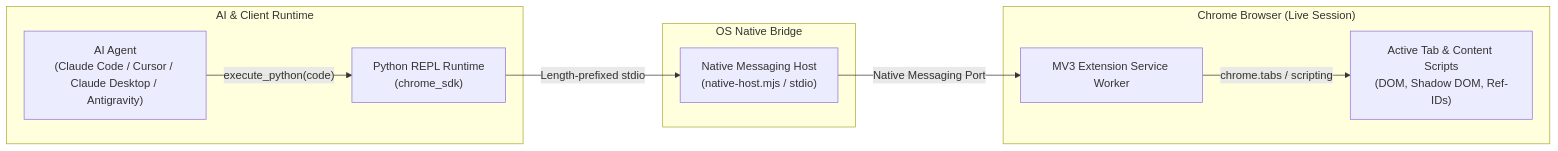
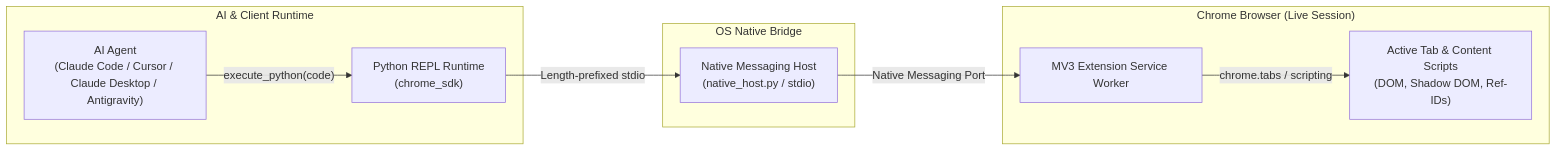
The second of 2 diagrams in README.md (sh7vansh/chrome-bridge), drawn with Mermaid before and after one commit. The commit also changed other lines of this file and 15 other files, not shown here.

````diff
--- a/README.md
+++ b/README.md
@@ -40,20 +40,20 @@
 ```mermaid
 flowchart LR
     subgraph ClientLayer ["AI & Client Runtime"]
         A["AI Agent<br/>(Claude Code / Cursor / Claude Desktop / Antigravity)"]
         B["Python REPL Runtime<br/>(chrome_sdk)"]
         A -->|"execute_python(code)"| B
     end
 
     subgraph NativeBridge ["OS Native Bridge"]
-        C["Native Messaging Host<br/>(native-host.mjs / stdio)"]
+        C["Native Messaging Host<br/>(native_host.py / stdio)"]
         B -->|"Length-prefixed stdio"| C
     end
 
     subgraph BrowserEngine ["Chrome Browser (Live Session)"]
         D["MV3 Extension Service Worker"]
         E["Active Tab & Content Scripts<br/>(DOM, Shadow DOM, Ref-IDs)"]
         C -->|"Native Messaging Port"| D
         D -->|"chrome.tabs / scripting"| E
     end
 ```
````
